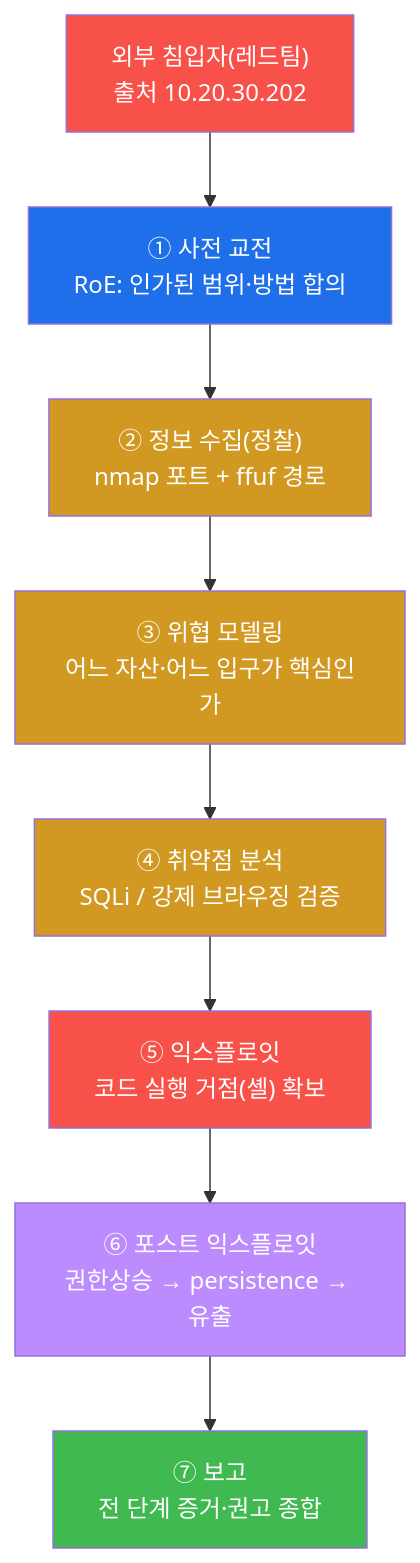
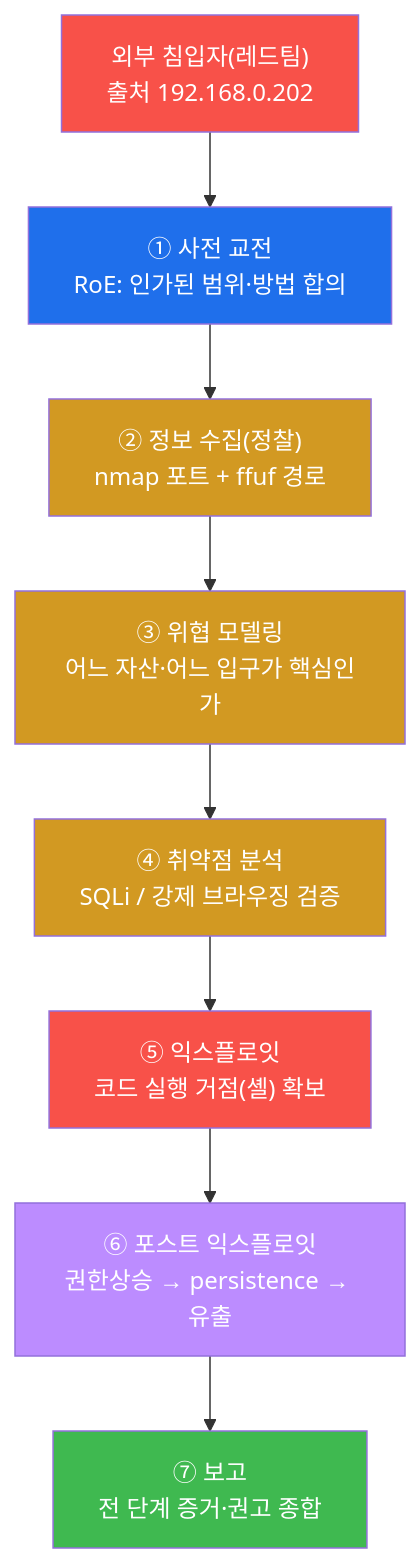
The first of 10 diagrams in contents/training/attack/lecture_week15.md (mrgrit/tw2), drawn with Mermaid before and after one commit. The commit also changed other lines of this file and 304 other files, not shown here.

````diff
--- a/contents/training/attack/lecture_week15.md
+++ b/contents/training/attack/lecture_week15.md
@@ -101,20 +101,20 @@
 ```mermaid
 graph TD
-    ATK["외부 침입자(레드팀)<br/>출처 10.20.30.202"]
+    ATK["외부 침입자(레드팀)<br/>출처 192.168.0.202"]
     P1["① 사전 교전<br/>RoE: 인가된 범위·방법 합의"]
     P2["② 정보 수집(정찰)<br/>nmap 포트 + ffuf 경로"]
     P3["③ 위협 모델링<br/>어느 자산·어느 입구가 핵심인가"]
     P4["④ 취약점 분석<br/>SQLi / 강제 브라우징 검증"]
     P5["⑤ 익스플로잇<br/>코드 실행 거점(셸) 확보"]
     P6["⑥ 포스트 익스플로잇<br/>권한상승 → persistence → 유출"]
     P7["⑦ 보고<br/>전 단계 증거·권고 종합"]
     ATK --> P1 --> P2 --> P3 --> P4 --> P5 --> P6 --> P7
     style ATK fill:#f85149,color:#fff
     style P1 fill:#1f6feb,color:#fff
     style P2 fill:#d29922,color:#fff
     style P3 fill:#d29922,color:#fff
     style P4 fill:#d29922,color:#fff
     style P5 fill:#f85149,color:#fff
     style P6 fill:#bc8cff,color:#fff
     style P7 fill:#3fb950,color:#fff
 ```
````
